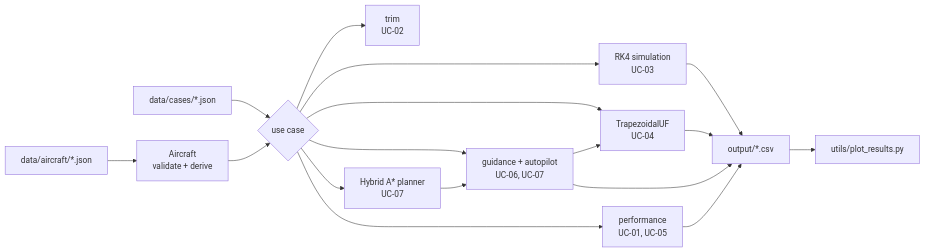
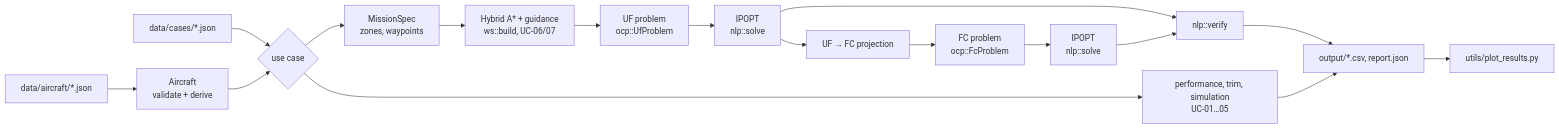
One commit to pablourioste/uavtraj-opt changed the diagram in docs/code/index.md. Above: the diagram before and after it, drawn with Mermaid. The commit also changed other lines of this file and 16 other files, not shown here.

````diff
--- a/docs/code/index.md
+++ b/docs/code/index.md
@@ -41,16 +45,18 @@
 ```mermaid
 flowchart LR
     A[data/aircraft/*.json] --> B[Aircraft<br/>validate + derive]
     C[data/cases/*.json] --> D{use case}
     B --> D
-    D --> P[performance<br/>UC-01, UC-05]
-    D --> T[trim<br/>UC-02]
-    D --> S[RK4 simulation<br/>UC-03]
-    D --> N[TrapezoidalUF<br/>UC-04]
-    D --> G[guidance + autopilot<br/>UC-06, UC-07]
-    D --> H[Hybrid A* planner<br/>UC-07]
-    H --> G
-    G --> N
-    S & N & G & P --> O[output/*.csv]
-    O --> F[utils/plot_results.py]
+    D --> P[performance, trim, simulation<br/>UC-01…05]
+    D --> M[MissionSpec<br/>zones, waypoints]
+    M --> H[Hybrid A* + guidance<br/>ws::build, UC-06/07]
+    H --> U[UF problem<br/>ocp::UfProblem]
+    U --> S1[IPOPT<br/>nlp::solve]
+    S1 --> X[UF → FC projection]
+    X --> F[FC problem<br/>ocp::FcProblem]
+    F --> S2[IPOPT<br/>nlp::solve]
+    S1 & S2 --> V[nlp::verify]
+    V --> O[output/*.csv, report.json]
+    P --> O
+    O --> G[utils/plot_results.py]
 ```
````
